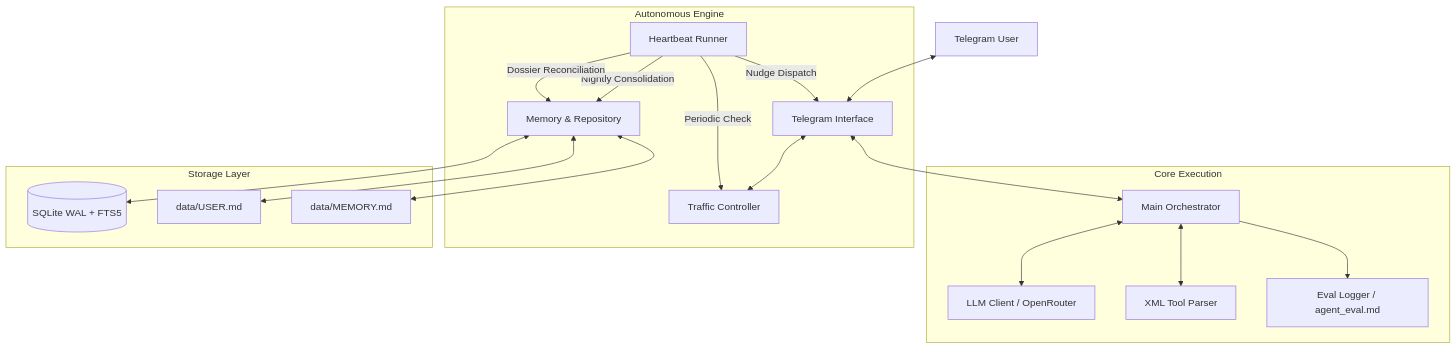
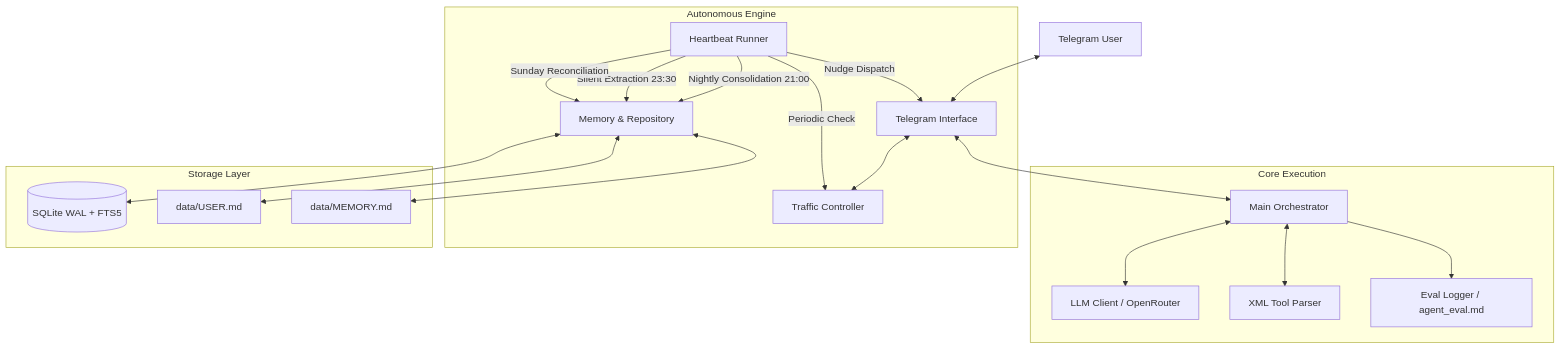
The diagram in README.md (xontoloyoo/vigil), drawn with Mermaid before and after one commit. The commit also changed other lines of this file, not shown here.

````diff
--- a/README.md
+++ b/README.md
@@ -20,25 +20,26 @@
 ```mermaid
 graph TD
     TG[Telegram User] <--> TI[Telegram Interface]
     TI <--> TC[Traffic Controller]
     TI <--> ORCH[Main Orchestrator]
     
     subgraph Core Execution
         ORCH <--> LLM[LLM Client / OpenRouter]
         ORCH <--> PARSER[XML Tool Parser]
         ORCH --> EVAL[Eval Logger / agent_eval.md]
     end
 
     subgraph Autonomous Engine
         HB[Heartbeat Runner] -->|Periodic Check| TC
         HB -->|Nudge Dispatch| TI
-        HB -->|Nightly Consolidation| MEM[Memory & Repository]
-        HB -->|Dossier Reconciliation| MEM
+        HB -->|Nightly Consolidation 21:00| MEM[Memory & Repository]
+        HB -->|Silent Extraction 23:30| MEM
+        HB -->|Sunday Reconciliation| MEM
     end
 
     subgraph Storage Layer
         MEM <--> DB[(SQLite WAL + FTS5)]
         MEM <--> UMD[data/USER.md]
         MEM <--> MMD[data/MEMORY.md]
     end
 ```
````
